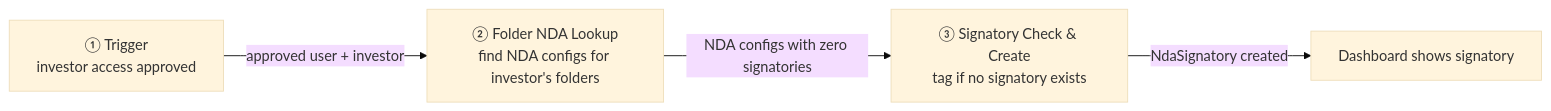
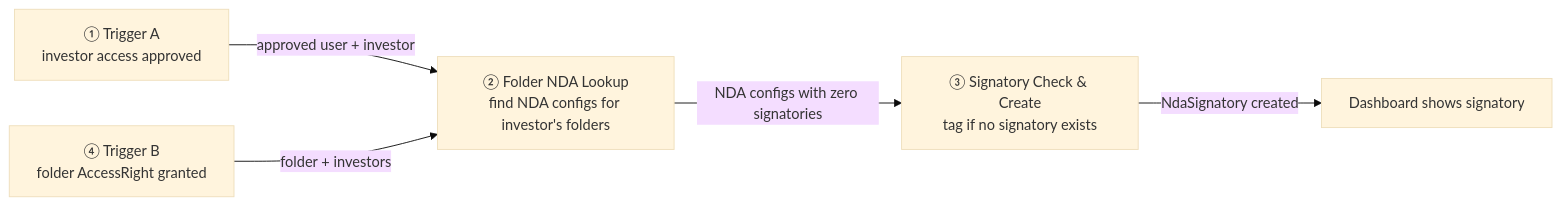
Before and after one commit to sampadadiwan/IRM_CompanyMain: the first of 6 diagrams in openspec/changes/fix-nda-signatory-auto-tag-new-investors/design.md, drawn with Mermaid (base theme). The commit also changed other lines of this file and 6 other files, not shown here.

First line of the commit message:
fix: Auto-tag NDA signatory on folder AccessRight grant

````diff
--- a/openspec/changes/fix-nda-signatory-auto-tag-new-investors/design.md
+++ b/openspec/changes/fix-nda-signatory-auto-tag-new-investors/design.md
@@ -31,9 +31,11 @@
 ```mermaid
 flowchart LR
-    T["① Trigger<br/>investor access approved"]
+    T1["① Trigger A<br/>investor access approved"]
+    T2["④ Trigger B<br/>folder AccessRight granted"]
     L["② Folder NDA Lookup<br/>find NDA configs for investor's folders"]
     S["③ Signatory Check & Create<br/>tag if no signatory exists"]
-    T -- "approved user + investor" --> L
+    T1 -- "approved user + investor" --> L
+    T2 -- "folder + investors" --> L
     L -- "NDA configs with zero signatories" --> S
     S -- "NdaSignatory created" --> D["Dashboard shows signatory"]
 ```
````
